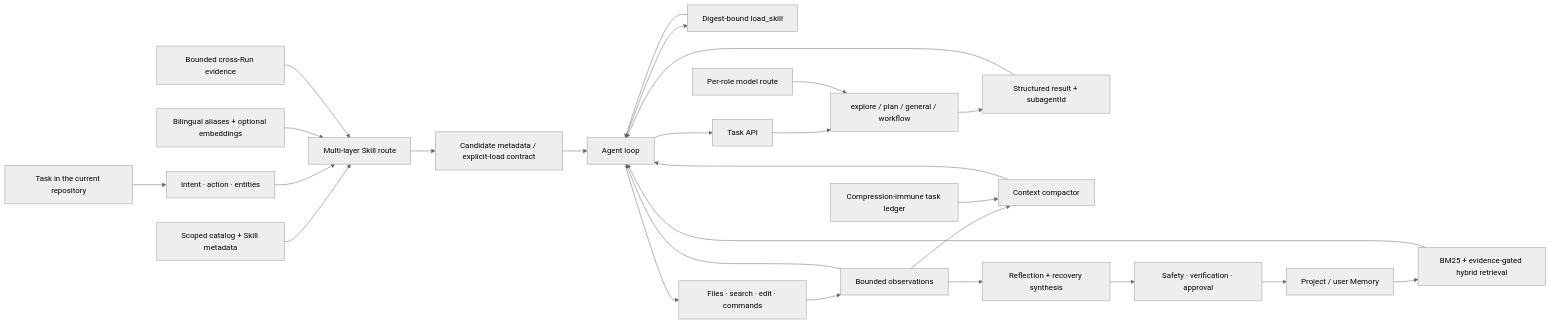
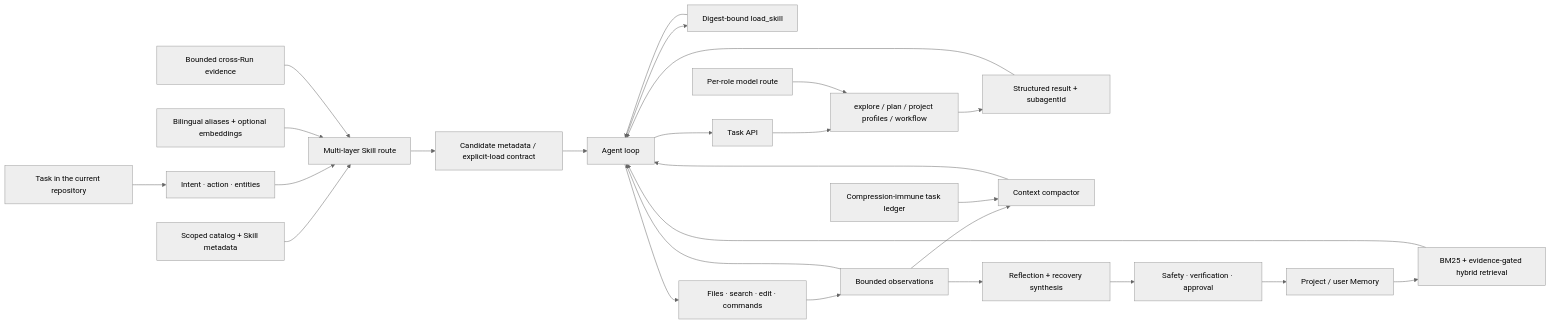
Before and after one commit to zrb3052796119/CodeLoop: the diagram in README.md, drawn with Mermaid (neutral theme). The commit also changed other lines of this file and 1 other file, not shown here.

Commit message:
docs(readme): rewrite multi-agent section for the current architecture

````diff
--- a/README.md
+++ b/README.md
@@ -124,32 +124,32 @@
 ```mermaid
 flowchart LR
     User["Task in the current repository"] --> Intent["Intent · action · entities"]
     SkillCatalog["Scoped catalog + Skill metadata"] --> SkillRoute["Multi-layer Skill route"]
     Intent --> SkillRoute
     Semantics["Bilingual aliases + optional embeddings"] --> SkillRoute
     SkillEvidence["Bounded cross-Run evidence"] --> SkillRoute
     SkillRoute --> Prompt["Candidate metadata / explicit-load contract"]
     Prompt --> Loop["Agent loop"]
     Loop --> SkillLoad["Digest-bound load_skill"]
     SkillLoad --> Loop
 
     Loop --> Tools["Files · search · edit · commands"]
     Tools --> Obs["Bounded observations"]
     Obs --> Loop
 
     Loop --> TaskAPI["Task API"]
-    TaskAPI --> Children["explore / plan / general / workflow"]
+    TaskAPI --> Children["explore / plan / project profiles / workflow"]
     RoleRoute["Per-role model route"] --> Children
     Children --> Result["Structured result + subagentId"]
     Result --> Loop
 
     Obs --> Compact["Context compactor"]
     Ledger["Compression-immune task ledger"] --> Compact
     Compact --> Loop
 
     Obs --> Reflect["Reflection + recovery synthesis"]
     Reflect --> Evidence["Safety · verification · approval"]
     Evidence --> Store["Project / user Memory"]
     Store --> Retrieve["BM25 + evidence-gated hybrid retrieval"]
     Retrieve --> Loop
 ```
````
